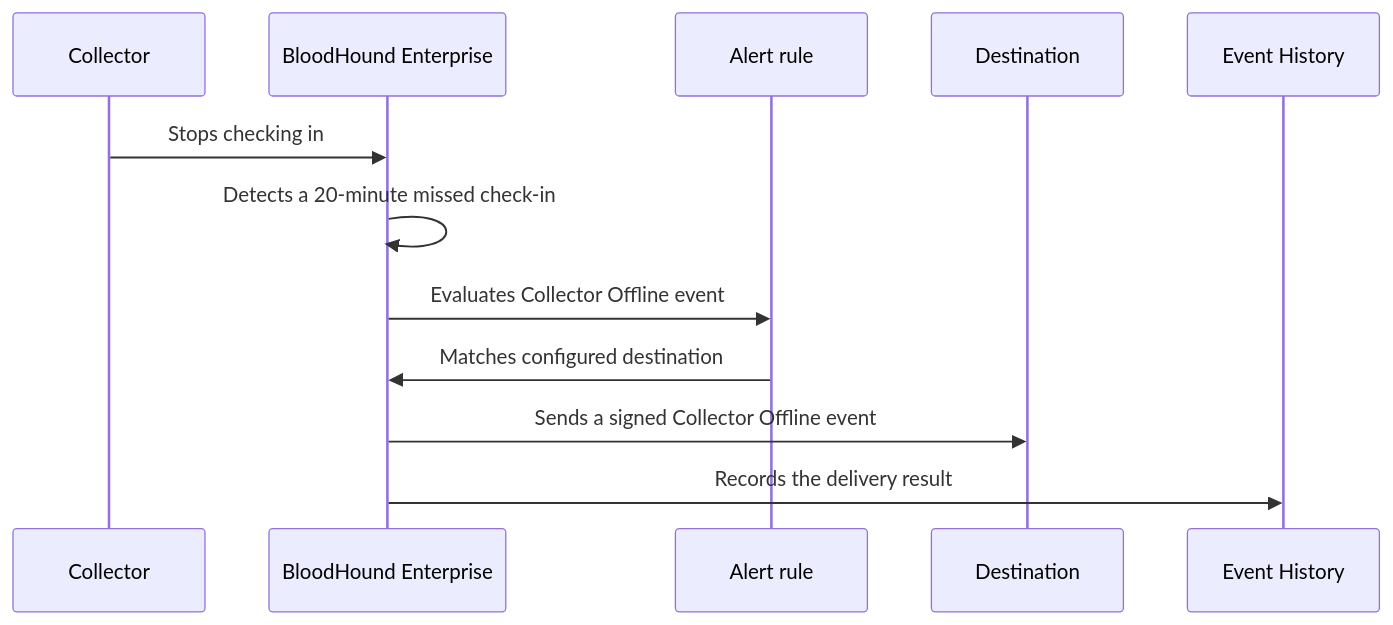
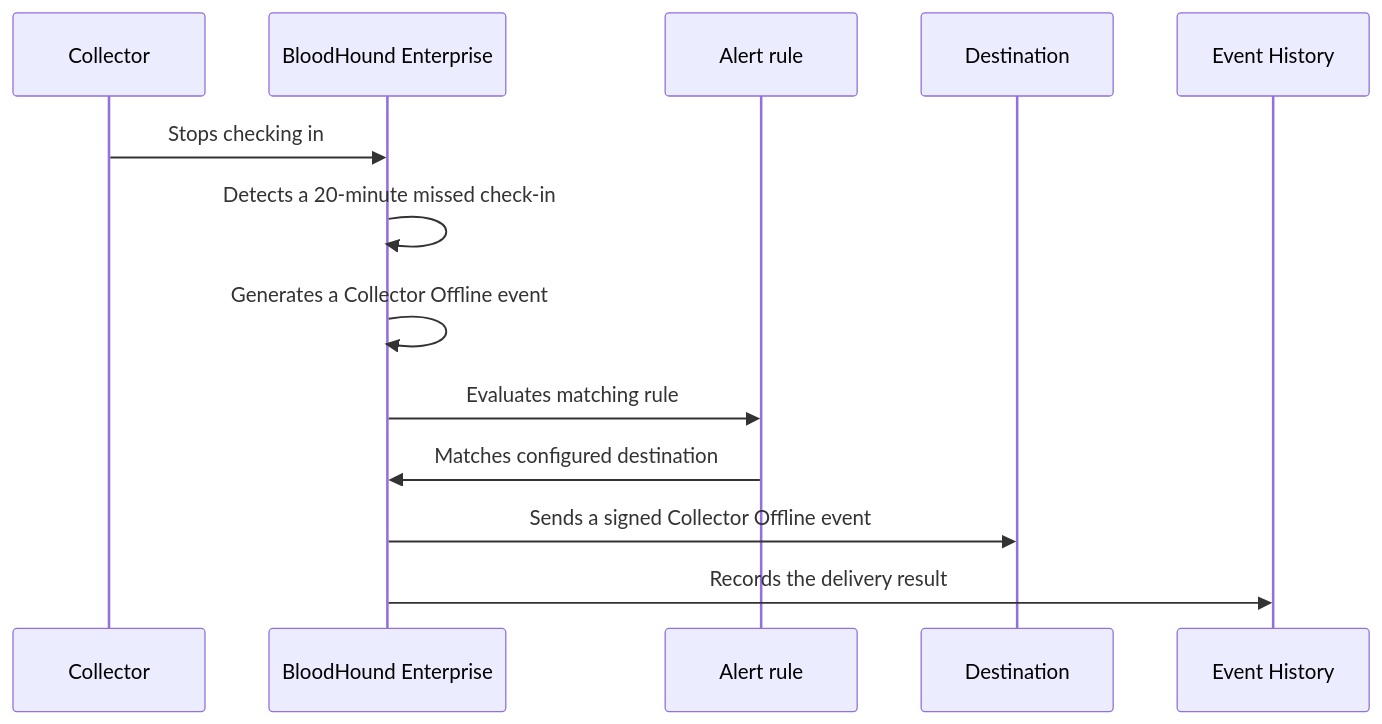
One commit to SpecterOps/bloodhound-docs changed the diagram in docs/manage-bloodhound/alerts/overview.mdx. Above: the diagram before and after it, drawn with Mermaid. The commit also changed other lines of this file and 3 other files, not shown here.

````diff
--- a/docs/manage-bloodhound/alerts/overview.mdx
+++ b/docs/manage-bloodhound/alerts/overview.mdx
@@ -61,15 +71,16 @@
 ```mermaid
 sequenceDiagram
     participant C as Collector
     participant B as BloodHound Enterprise
     participant R as Alert rule
     participant W as Destination
     participant H as Event History
 
     C->>B: Stops checking in
     B->>B: Detects a 20-minute missed check-in
-    B->>R: Evaluates Collector Offline event
+    B->>B: Generates a Collector Offline event
+    B->>R: Evaluates matching rule
     R->>B: Matches configured destination
     B->>W: Sends a signed Collector Offline event
     B->>H: Records the delivery result
 ```
````
